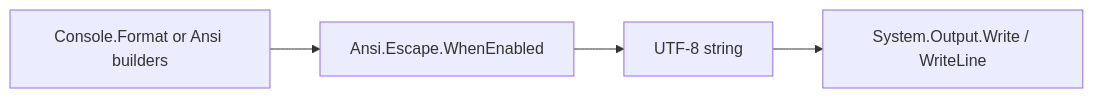
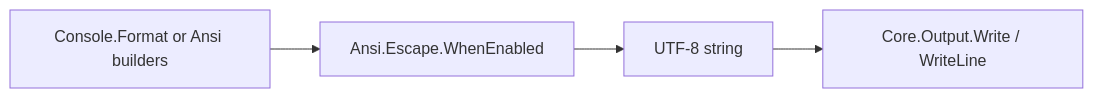
One commit to Cyber-Nomad-Collective/beskid changed the diagram in site/website/src/content/docs/platform-spec/core-library/terminal-and-console/ansi-escape-model/flow-and-algorithm.mdx. Above: the diagram before and after it, drawn with Mermaid. The commit also changed 223 other files, not shown here.

````diff
--- a/site/website/src/content/docs/platform-spec/core-library/terminal-and-console/ansi-escape-model/flow-and-algorithm.mdx
+++ b/site/website/src/content/docs/platform-spec/core-library/terminal-and-console/ansi-escape-model/flow-and-algorithm.mdx
@@ -43,8 +43,8 @@
 ```mermaid
 flowchart LR
   markup[Console.Format or Ansi builders]
   gate[Ansi.Escape.WhenEnabled]
   bytes[UTF-8 string]
-  out[System.Output.Write / WriteLine]
+  out[Core.Output.Write / WriteLine]
   markup --> gate --> bytes --> out
 ```
````
